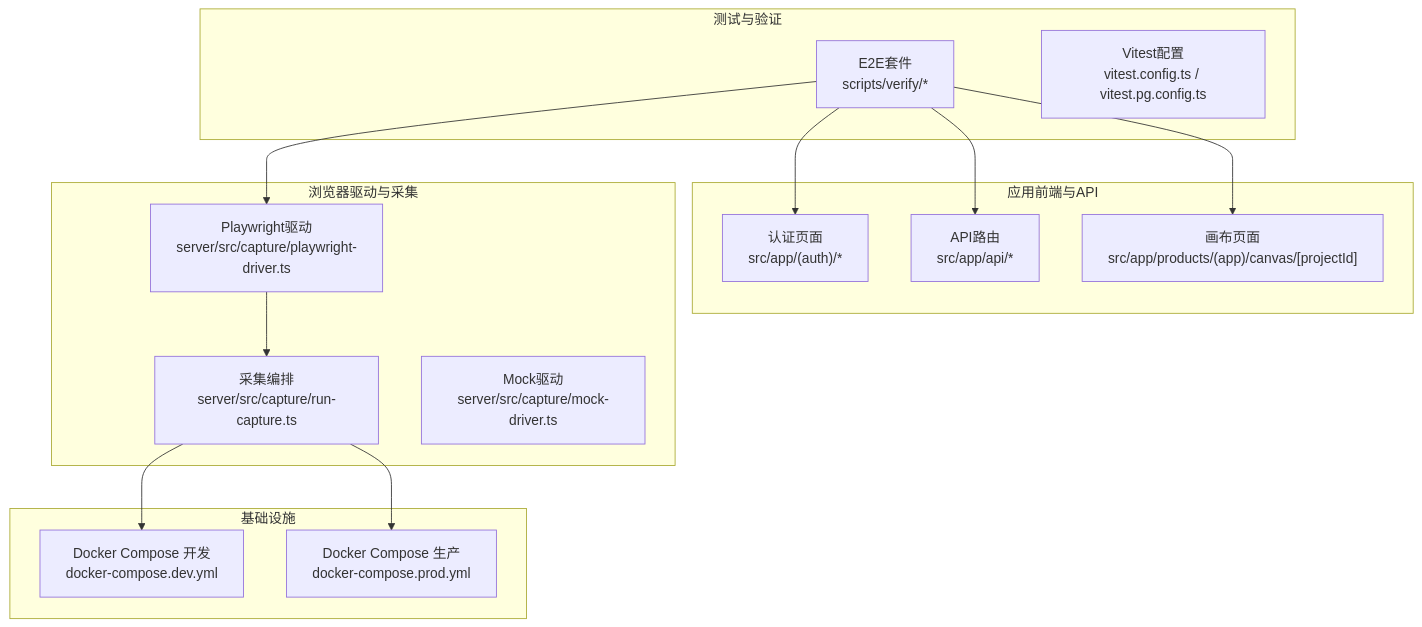
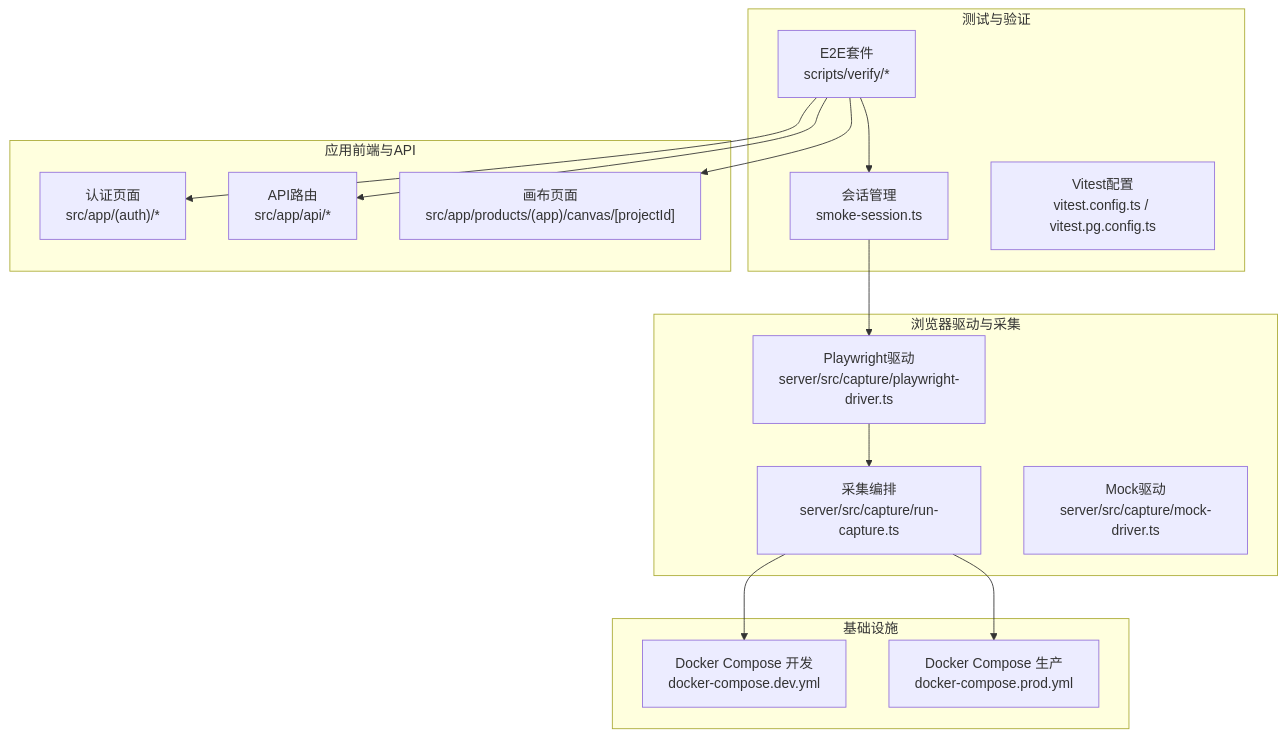
Before and after one commit to scottcwy/PurpleInk: the first of 8 diagrams in .qoder/repowiki/zh/content/测试策略/端到端测试.md, drawn with Mermaid. The commit also changed other lines of this file and 109 other files, not shown here.

````diff
--- a/.qoder/repowiki/zh/content/测试策略/端到端测试.md
+++ b/.qoder/repowiki/zh/content/测试策略/端到端测试.md
@@ -63,28 +72,30 @@
 ```mermaid
 graph TB
 subgraph "测试与验证"
 E2E["E2E套件<br/>scripts/verify/*"]
+SmokeSession["会话管理<br/>smoke-session.ts"]
 VConfig["Vitest配置<br/>vitest.config.ts / vitest.pg.config.ts"]
 end
 subgraph "应用前端与API"
 AuthPages["认证页面<br/>src/app/(auth)/*"]
 APIRoutes["API路由<br/>src/app/api/*"]
 CanvasPage["画布页面<br/>src/app/products/(app)/canvas/[projectId]"]
 end
 subgraph "浏览器驱动与采集"
 PWDriver["Playwright驱动<br/>server/src/capture/playwright-driver.ts"]
 RunCapture["采集编排<br/>server/src/capture/run-capture.ts"]
 MockDriver["Mock驱动<br/>server/src/capture/mock-driver.ts"]
 end
 subgraph "基础设施"
 DockerDev["Docker Compose 开发<br/>docker-compose.dev.yml"]
 DockerProd["Docker Compose 生产<br/>docker-compose.prod.yml"]
 end
-E2E --> PWDriver
+E2E --> SmokeSession
+SmokeSession --> PWDriver
 E2E --> AuthPages
 E2E --> APIRoutes
 E2E --> CanvasPage
 PWDriver --> RunCapture
 RunCapture --> DockerDev
 RunCapture --> DockerProd
 ```
````
